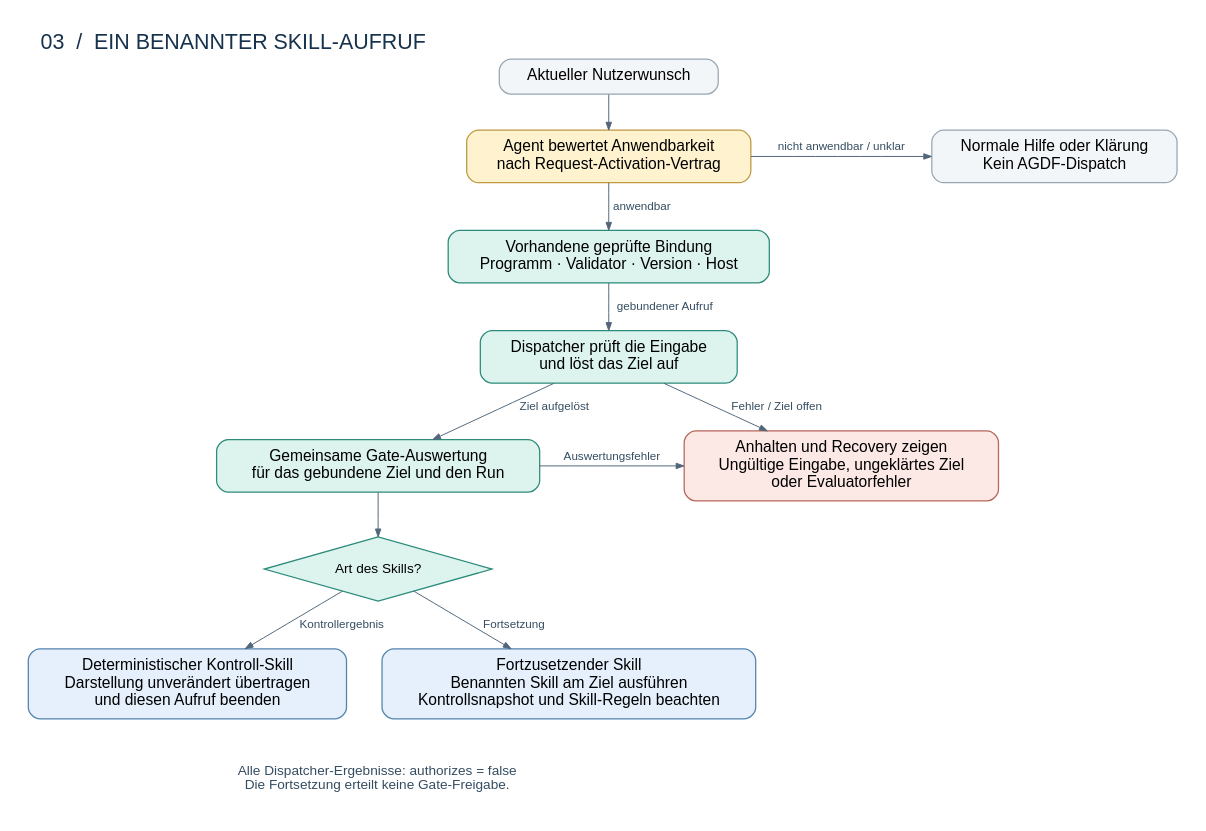
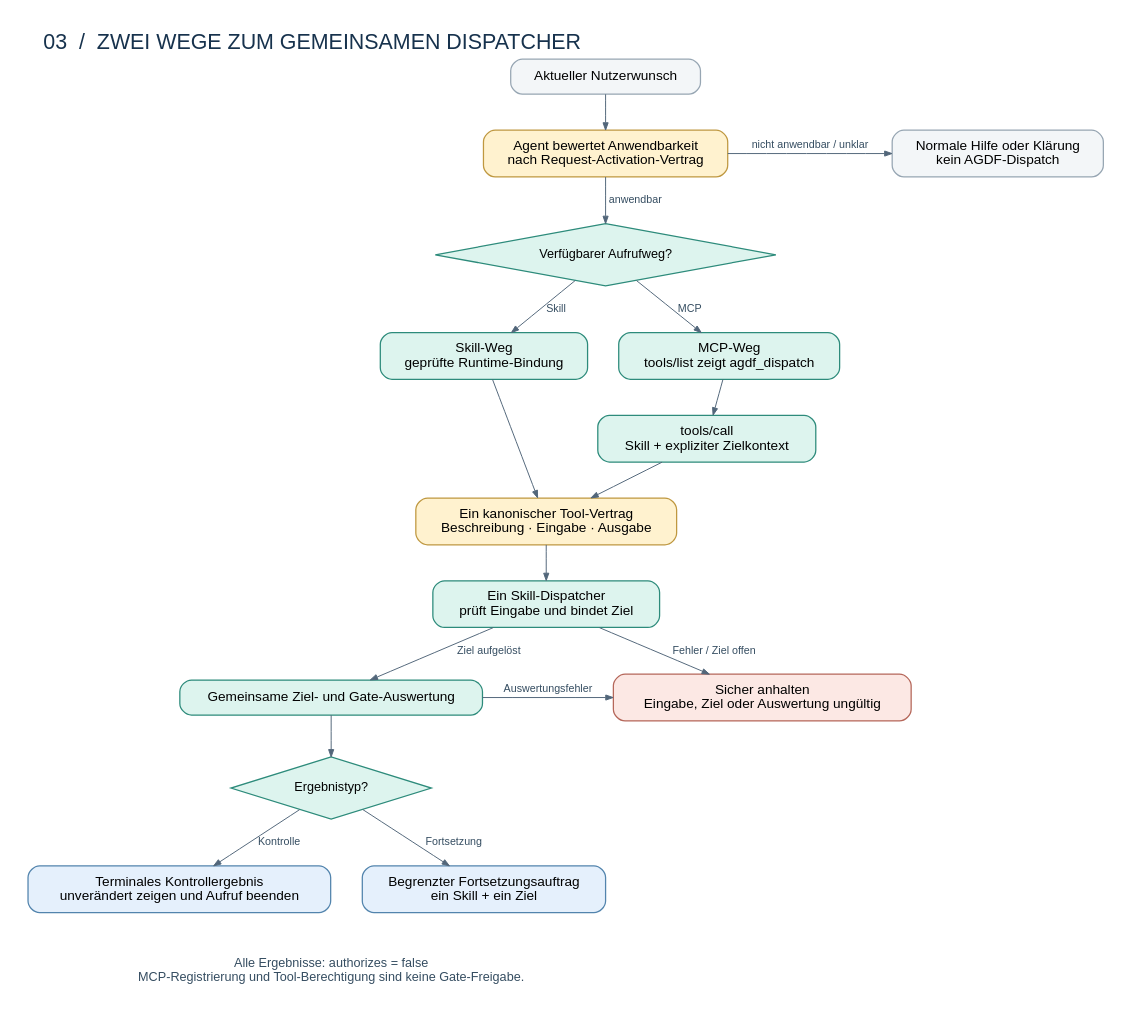
One commit to ArndtGold/ai-native-governance-delivery-framework changed the diagram in docs/architecture/diagrams/03-dispatch.dot. Above: the diagram before and after it, drawn with Graphviz. The commit also changed 16 other files, not shown here.

First line of the commit message:
docs: update AGDF architecture documentation and lifecycle diagrams

```diff
--- a/docs/architecture/diagrams/03-dispatch.dot
+++ b/docs/architecture/diagrams/03-dispatch.dot
@@ -1,31 +1,44 @@
 digraph dispatch {
-  graph [rankdir=TB, bgcolor="white", pad=0.3, nodesep=0.5, ranksep=0.48, fontname="Helvetica", label="03  /  EIN BENANNTER SKILL-AUFRUF", labelloc=t, labeljust=l, fontsize=22, fontcolor="#17324D"];
-  node [shape=box, style="rounded,filled", color="#2D8B7B", fillcolor="#DDF4EE", fontname="Helvetica", fontsize=16, margin="0.22,0.13", penwidth=1.3];
-  edge [color="#52667A", arrowsize=0.8, fontname="Helvetica", fontsize=12, fontcolor="#354D61"];
+  graph [rankdir=TB, bgcolor="white", pad=0.3, nodesep=0.45, ranksep=0.48, fontname="Helvetica", label="03  /  ZWEI WEGE ZUM GEMEINSAMEN DISPATCHER", labelloc=t, labeljust=l, fontsize=22, fontcolor="#17324D"];
+  node [shape=box, style="rounded,filled", color="#2D8B7B", fillcolor="#DDF4EE", fontname="Helvetica", fontsize=14, margin="0.19,0.12", penwidth=1.3];
+  edge [color="#52667A", arrowsize=0.75, fontname="Helvetica", fontsize=11, fontcolor="#354D61"];
+
   request [label="Aktueller Nutzerwunsch", fillcolor="#F3F6F8", color="#97A6B3"];
   activation [label="Agent bewertet Anwendbarkeit\nnach Request-Activation-Vertrag", fillcolor="#FFF2CF", color="#BF9840"];
-  abstain [label="Normale Hilfe oder Klärung\nKein AGDF-Dispatch", fillcolor="#F3F6F8", color="#97A6B3"];
-  binding [label="Vorhandene geprüfte Bindung\nProgramm · Validator · Version · Host"];
-  input [label="Dispatcher prüft die Eingabe\nund löst das Ziel auf"];
-  evaluation [label="Gemeinsame Gate-Auswertung\nfür das gebundene Ziel und den Run"];
-  result [label="Art des Skills?", shape=diamond, style=filled, fontsize=14, margin=0.13];
-  control [label="Deterministischer Kontroll-Skill\nDarstellung unverändert übertragen\nund diesen Aufruf beenden", fillcolor="#E5F0FC", color="#5284AD"];
-  continuation [label="Fortzusetzender Skill\nBenannten Skill am Ziel ausführen\nKontrollsnapshot und Skill-Regeln beachten", fillcolor="#E5F0FC", color="#5284AD"];
-  recovery [label="Anhalten und Recovery zeigen\nUngültige Eingabe, ungeklärtes Ziel\noder Evaluatorfehler", fillcolor="#FCE8E4", color="#B5675A"];
-  note [label="Alle Dispatcher-Ergebnisse: authorizes = false\nDie Fortsetzung erteilt keine Gate-Freigabe.", shape=plaintext, fillcolor="white", fontcolor="#354D61", fontsize=14];
+  normal [label="Normale Hilfe oder Klärung\nkein AGDF-Dispatch", fillcolor="#F3F6F8", color="#97A6B3"];
+  route [label="Verfügbarer Aufrufweg?", shape=diamond, style=filled, fontsize=13, margin=0.12];
+  skill [label="Skill-Weg\ngeprüfte Runtime-Bindung"];
+  list [label="MCP-Weg\ntools/list zeigt agdf_dispatch"];
+  call [label="tools/call\nSkill + expliziter Zielkontext"];
+  contract [label="Ein kanonischer Tool-Vertrag\nBeschreibung · Eingabe · Ausgabe", fillcolor="#FFF2CF", color="#BF9840"];
+  dispatcher [label="Ein Skill-Dispatcher\nprüft Eingabe und bindet Ziel"];
+  evaluation [label="Gemeinsame Ziel- und Gate-Auswertung"];
+  outcome [label="Ergebnistyp?", shape=diamond, style=filled, fontsize=13, margin=0.12];
+  terminal [label="Terminales Kontrollergebnis\nunverändert zeigen und Aufruf beenden", fillcolor="#E5F0FC", color="#5284AD"];
+  continuation [label="Begrenzter Fortsetzungsauftrag\nein Skill + ein Ziel", fillcolor="#E5F0FC", color="#5284AD"];
+  recovery [label="Sicher anhalten\nEingabe, Ziel oder Auswertung ungültig", fillcolor="#FCE8E4", color="#B5675A"];
+  note [label="Alle Ergebnisse: authorizes = false\nMCP-Registrierung und Tool-Berechtigung sind keine Gate-Freigabe.", shape=plaintext, fillcolor="white", fontcolor="#354D61", fontsize=13];
+
   request -> activation;
-  activation -> abstain [label="nicht anwendbar / unklar"];
-  activation -> binding [label="anwendbar"];
-  binding -> input [label="gebundener Aufruf"];
-  input -> evaluation [label="Ziel aufgelöst"];
-  input -> recovery [label="Fehler / Ziel offen"];
+  activation -> normal [label="nicht anwendbar / unklar"];
+  activation -> route [label="anwendbar"];
+  route -> skill [label="Skill"];
+  route -> list [label="MCP"];
+  list -> call;
+  skill -> contract;
+  call -> contract;
+  contract -> dispatcher;
+  dispatcher -> recovery [label="Fehler / Ziel offen"];
+  dispatcher -> evaluation [label="Ziel aufgelöst"];
   evaluation -> recovery [label="Auswertungsfehler"];
-  evaluation -> result;
-  result -> control [label="Kontrollergebnis"];
-  result -> continuation [label="Fortsetzung"];
-  control -> note [style=invis];
+  evaluation -> outcome;
+  outcome -> terminal [label="Kontrolle"];
+  outcome -> continuation [label="Fortsetzung"];
+  terminal -> note [style=invis];
   continuation -> note [style=invis];
-  {rank=same; activation; abstain;}
+
+  {rank=same; activation; normal;}
+  {rank=same; skill; list;}
   {rank=same; evaluation; recovery;}
-  {rank=same; control; continuation;}
+  {rank=same; terminal; continuation;}
 }
```
